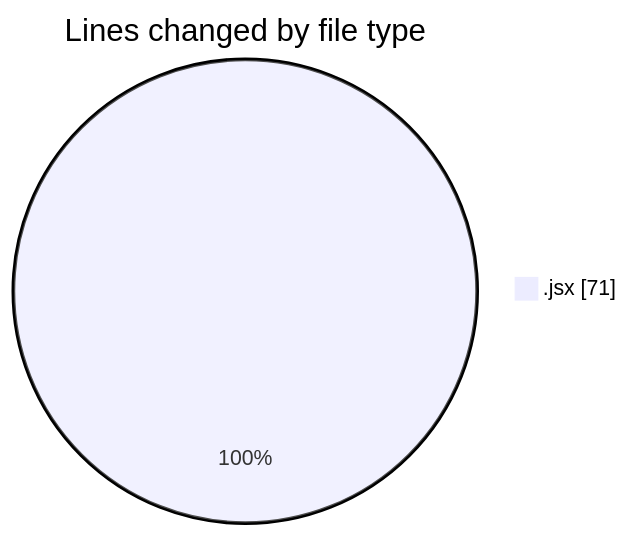
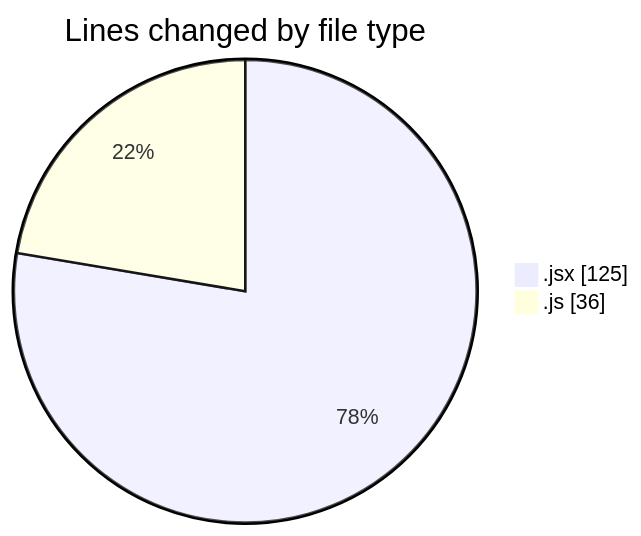
One commit to Elitesun/code-tracking changed the first of 2 diagrams in 2025-03-09/elitesgpt/README.md. Above: the diagram before and after it, drawn with Mermaid. The commit also changed other lines of this file and 1 other file, not shown here.

````diff
--- a/2025-03-09/elitesgpt/README.md
+++ b/2025-03-09/elitesgpt/README.md
@@ -20,5 +23,6 @@
 ```mermaid
 pie showData
 title Lines changed by file type
-".jsx" : 71
+".jsx" : 125
+".js" : 36
 ```
````
